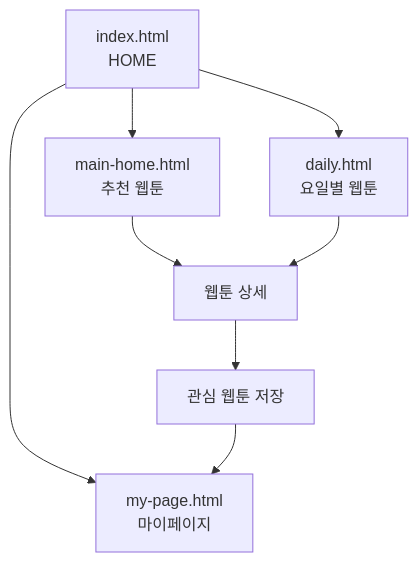
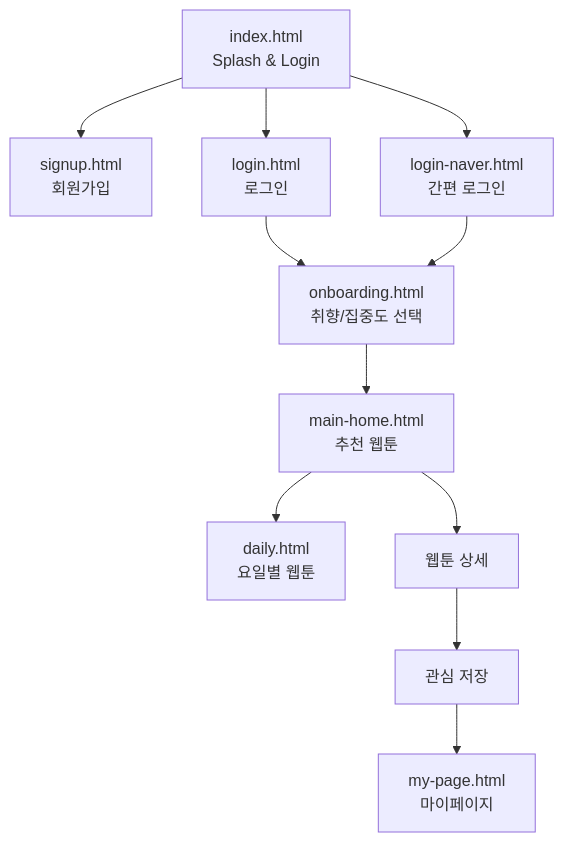
The second of 7 diagrams in README.md (yujj9705/naver-webtoon), drawn with Mermaid before and after one commit. The commit also changed other lines of this file, not shown here.

````diff
--- a/README.md
+++ b/README.md
@@ -61,15 +77,21 @@
 ```mermaid
 flowchart TD
 
-    A[index.html<br/>HOME]
+    A[index.html<br/>Splash & Login]
 
-    A --> B[main-home.html<br/>추천 웹툰]
-    A --> C[daily.html<br/>요일별 웹툰]
-    A --> D[my-page.html<br/>마이페이지]
+    A --> B[signup.html<br/>회원가입]
+    A --> C[login.html<br/>로그인]
+    A --> D[login-naver.html<br/>간편 로그인]
 
-    B --> E[웹툰 상세]
-    C --> E
+    C --> E[onboarding.html<br/>취향/집중도 선택]
+    D --> E
 
-    E --> F[관심 웹툰 저장]
-    F --> D
+    E --> F[main-home.html<br/>추천 웹툰]
+
+    F --> G[daily.html<br/>요일별 웹툰]
+    F --> H[웹툰 상세]
+
+    H --> I[관심 저장]
+
+    I --> J[my-page.html<br/>마이페이지]
 ```
````
